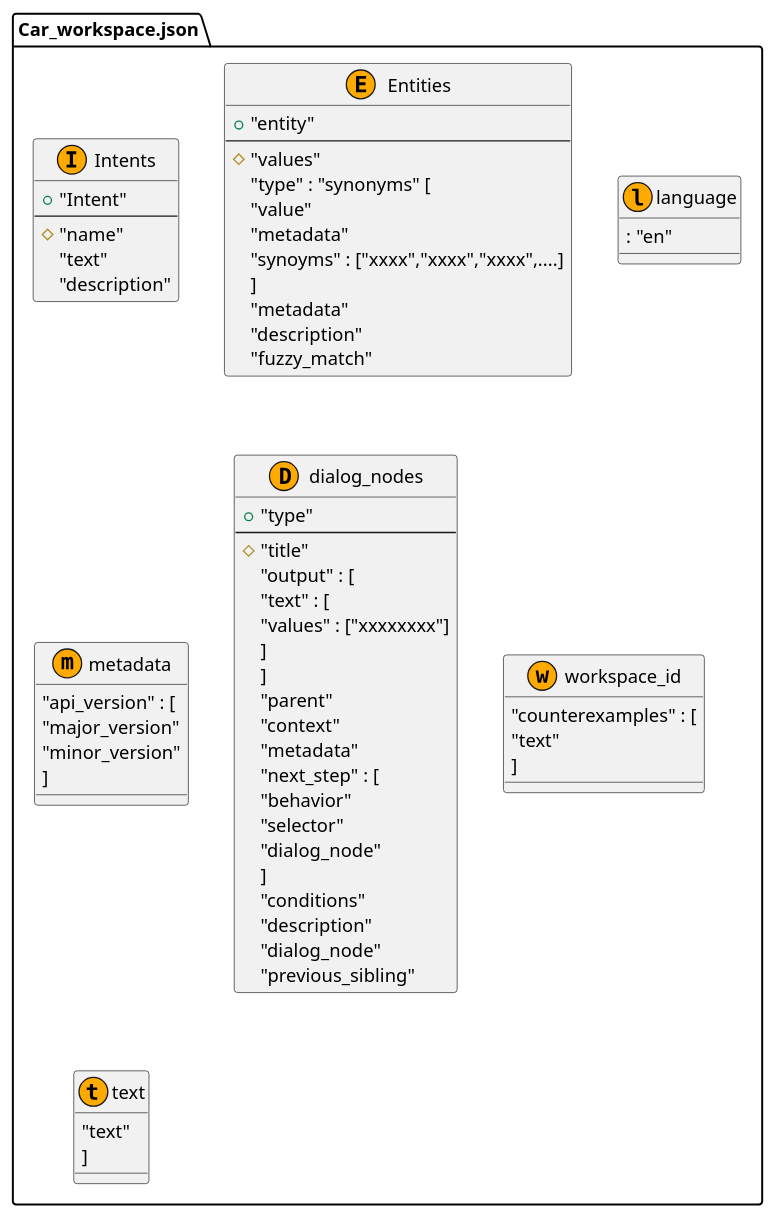
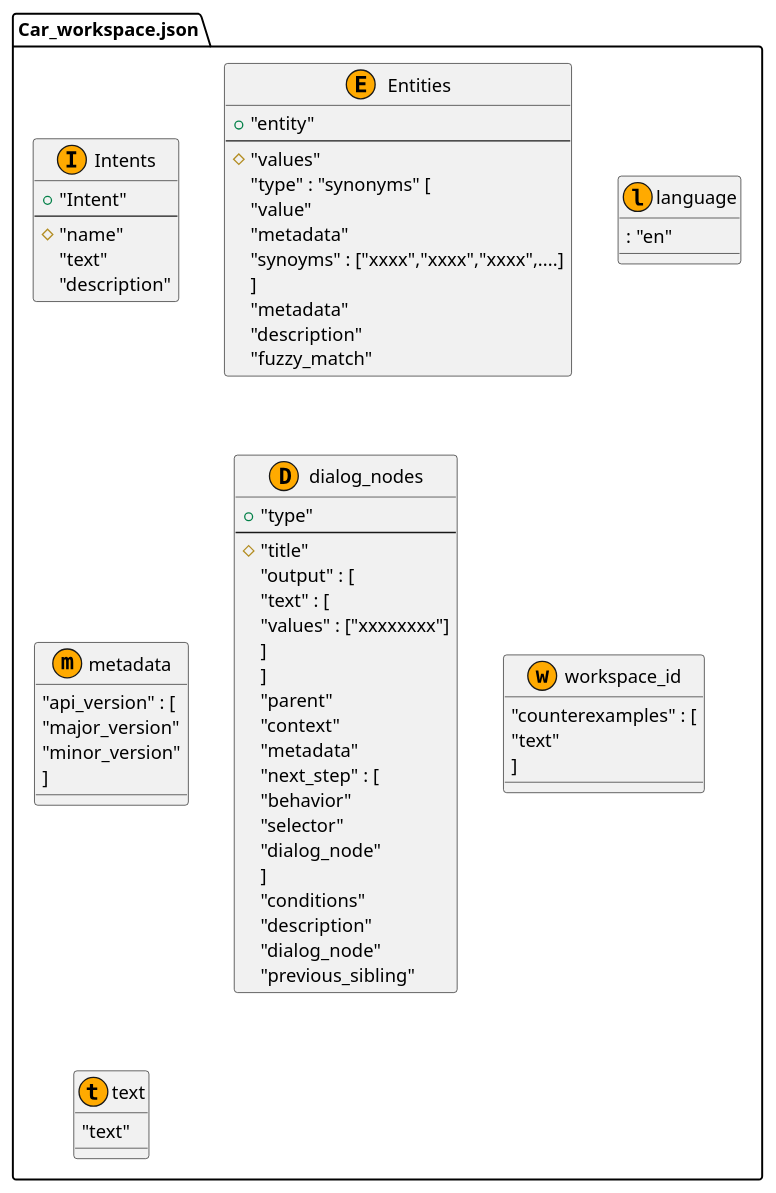
One commit to cxc02374/IBM-Cloud changed the diagram in car_workspace_json.pu. Above: the diagram before and after it, drawn with PlantUML.

```diff
--- a/car_workspace_json.pu
+++ b/car_workspace_json.pu
@@ -1,74 +1,73 @@
 @startuml
 
 package "Car_workspace.json" as target_system {
 
     entity "Intents" as Intents <<I,FFAA00>> {
         + "Intent"
         --
         # "name"
         "text"
         "description"
     }
 
     entity "Entities" as Entities <<E,FFAA01>> {
         + "entity"
         --
         # "values"
         "type" : "synonyms" [
             "value"
             "metadata"
             "synoyms" : ["xxxx","xxxx","xxxx",....]
         ]
         "metadata"
         "description"
         "fuzzy_match"
     }
 
     entity "language" as language <<l,FFAA00>> {
         : "en"
     }
 
     entity "metadata" as metadata <<m,FFAA00>> {
         "api_version" : [
             "major_version"
             "minor_version"
         ]
     }
 
     entity "dialog_nodes" as dialog_nodes <<D,FFAA00>> {
             + "type"
             --
             # "title"
             "output" : [
                 "text" : [
                     "values" : ["xxxxxxxx"]
                 ]
             ]
             "parent"
             "context"
             "metadata"
             "next_step" : [
                 "behavior"
                 "selector"
                 "dialog_node"
             ]
             "conditions"
             "description"
             "dialog_node"
             "previous_sibling"
         }
 
     entity "workspace_id" as workspace_id <<w,FFAA00>> {
         "counterexamples" : [
             "text"
         ]
     }
 
     entity "text" as text <<t,FFAA00>> {
             "text"
-        ]
     }
 
 }
 
 @enduml
```
